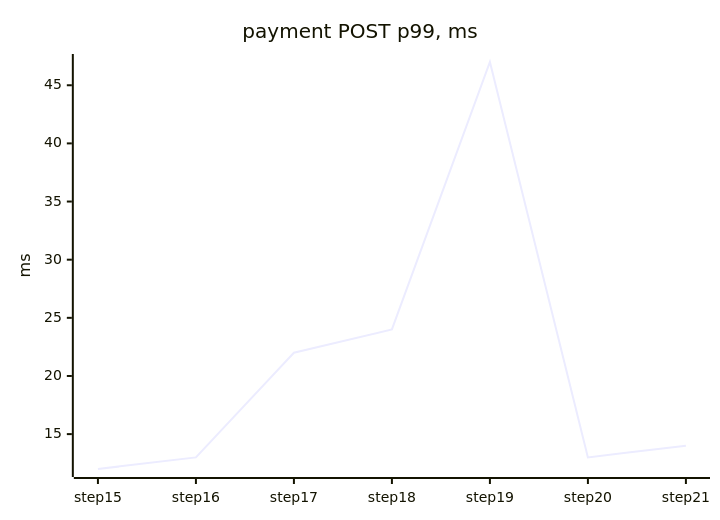
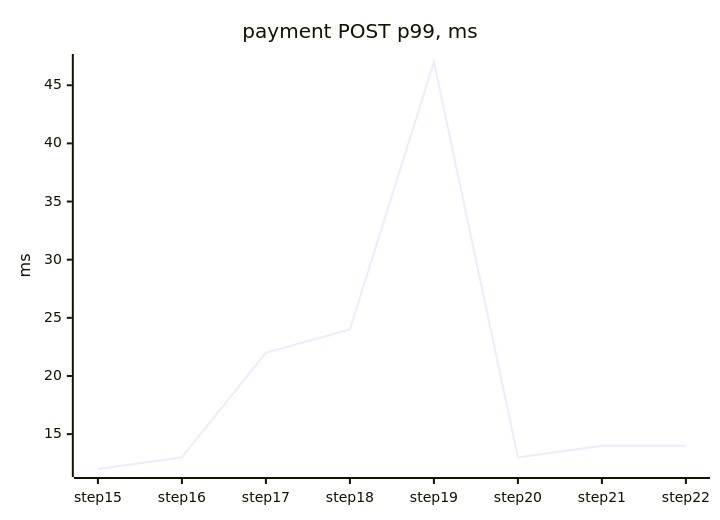
One commit to tanvoid0/ledgerflow changed the third of 4 diagrams in docs/perf/README.md. Above: the diagram before and after it, drawn with Mermaid. The commit also changed other lines of this file and 4 other files, not shown here.

````diff
--- a/docs/perf/README.md
+++ b/docs/perf/README.md
@@ -91,7 +94,7 @@
 ```mermaid
 xychart-beta
     title "payment POST p99, ms"
-    x-axis ["step15", "step16", "step17", "step18", "step19", "step20", "step21"]
+    x-axis ["step15", "step16", "step17", "step18", "step19", "step20", "step21", "step22"]
     y-axis "ms"
-    line [12, 13, 22, 24, 47, 13, 14]
+    line [12, 13, 22, 24, 47, 13, 14, 14]
 ```
````
